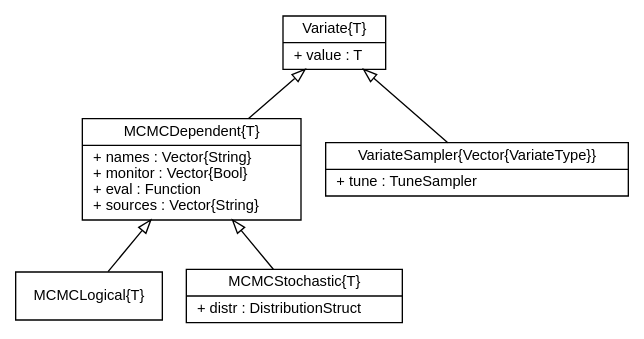
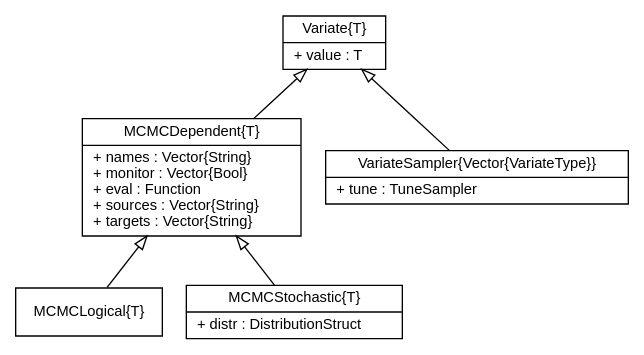
One commit to brian-j-smith/Mamba.jl changed the diagram in doc/images/variateUML.dot. Above: the diagram before and after it, drawn with Graphviz. The commit also changed 10 other files, not shown here.

Commit message:
Added targets fields to MCMCDependent types.

```diff
--- a/doc/images/variateUML.dot
+++ b/doc/images/variateUML.dot
@@ -1,24 +1,24 @@
 digraph Variate {
 	fontname = "Helvetica"
 	fontsize = 11
 
 	node [fontname = "Helvetica", fontsize = 11, shape = record]
 
 	edge [fontname = "Helvetica", fontsize = 11, dir = back, arrowtail = empty]
 
 	Variate [label = "{Variate\{T\}|+ value : T\l}"]
 
-	MCMCDependent [label = "{MCMCDependent\{T\}|+ names : Vector\{String\}\l+ monitor : Vector\{Bool\}\l+ eval : Function\l+ sources : Vector\{String\}\l}"]
+	MCMCDependent [label = "{MCMCDependent\{T\}|+ names : Vector\{String\}\l+ monitor : Vector\{Bool\}\l+ eval : Function\l+ sources : Vector\{String\}\l+ targets : Vector\{String\}\l}"]
 	
 	MCMCLogical [label = "{MCMCLogical\{T\}}"]
 	
 	MCMCStochastic [label = "{MCMCStochastic\{T\}|+ distr : DistributionStruct\l}"]
 
 	VariateSampler [label = "{VariateSampler\{Vector\{VariateType\}\}|+ tune : TuneSampler\l}"]
 	
 	Variate -> MCMCDependent
 	MCMCDependent -> MCMCLogical
 	MCMCDependent -> MCMCStochastic
 	Variate -> VariateSampler
 
 }
```
